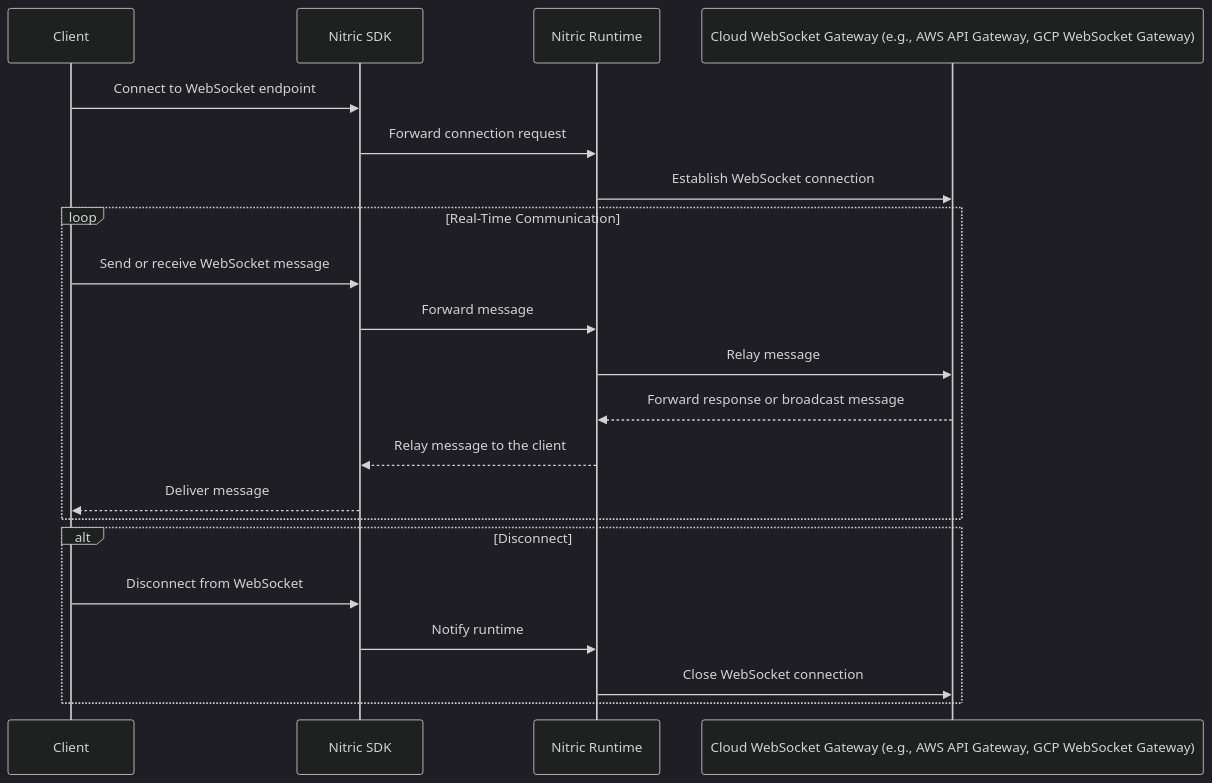
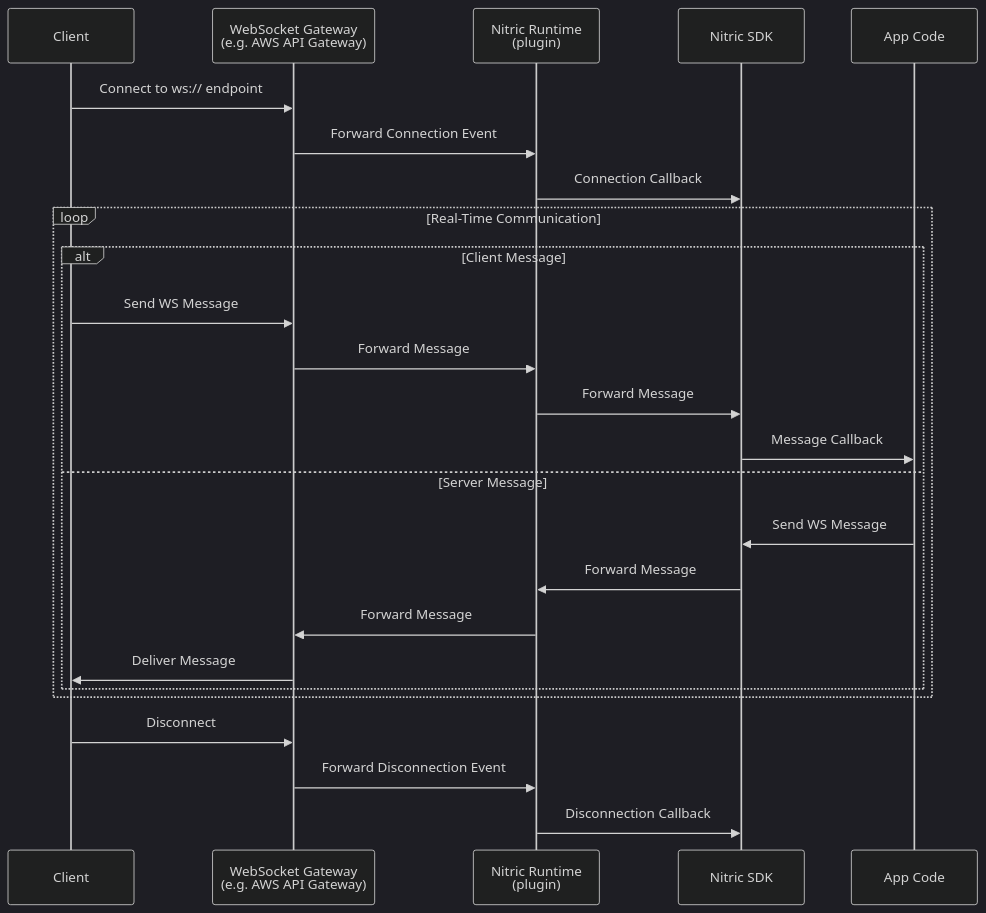
Before and after one commit to nitrictech/docs: the third of 3 diagrams in docs/architecture/websockets.mdx, drawn with Mermaid (dark theme). The commit also changed other lines of this file and 2 other files, not shown here.

Commit message:
update ws and sql sequences

````diff
--- a/docs/architecture/websockets.mdx
+++ b/docs/architecture/websockets.mdx
@@ -50,26 +81,30 @@
 ```mermaid
 sequenceDiagram
     participant Client as Client
+    participant WSGateway as WebSocket Gateway <br> (e.g. AWS API Gateway)
+    participant NitricRuntime as Nitric Runtime <br> (plugin)
     participant NitricSDK as Nitric SDK
-    participant NitricRuntime as Nitric Runtime
-    participant WebSocketGateway as Cloud WebSocket Gateway (e.g., AWS API Gateway, GCP WebSocket Gateway)
+    participant App as App Code
 
-    Client->>NitricSDK: Connect to WebSocket endpoint
-    NitricSDK->>NitricRuntime: Forward connection request
-    NitricRuntime->>WebSocketGateway: Establish WebSocket connection
+    Client->>WSGateway: Connect to ws:// endpoint
+    WSGateway->>NitricRuntime: Forward Connection Event
+    NitricRuntime->>NitricSDK: Connection Callback
 
     loop Real-Time Communication
-        Client->>NitricSDK: Send or receive WebSocket message
-        NitricSDK->>NitricRuntime: Forward message
-        NitricRuntime->>WebSocketGateway: Relay message
-        WebSocketGateway-->>NitricRuntime: Forward response or broadcast message
-        NitricRuntime-->>NitricSDK: Relay message to the client
-        NitricSDK-->>Client: Deliver message
+        alt Client Message
+          Client->>WSGateway: Send WS Message
+          WSGateway->>NitricRuntime: Forward Message
+          NitricRuntime->>NitricSDK: Forward Message
+          NitricSDK->>App: Message Callback
+        else Server Message
+          App->>NitricSDK: Send WS Message
+          NitricSDK->>NitricRuntime: Forward Message
+          NitricRuntime->>WSGateway: Forward Message
+          WSGateway->>Client: Deliver Message
+        end
     end
 
-    alt Disconnect
-        Client->>NitricSDK: Disconnect from WebSocket
-        NitricSDK->>NitricRuntime: Notify runtime
-        NitricRuntime->>WebSocketGateway: Close WebSocket connection
-    end
+    Client->>WSGateway: Disconnect
+    WSGateway->>NitricRuntime: Forward Disconnection Event
+    NitricRuntime->>NitricSDK: Disconnection Callback
 ```
````
